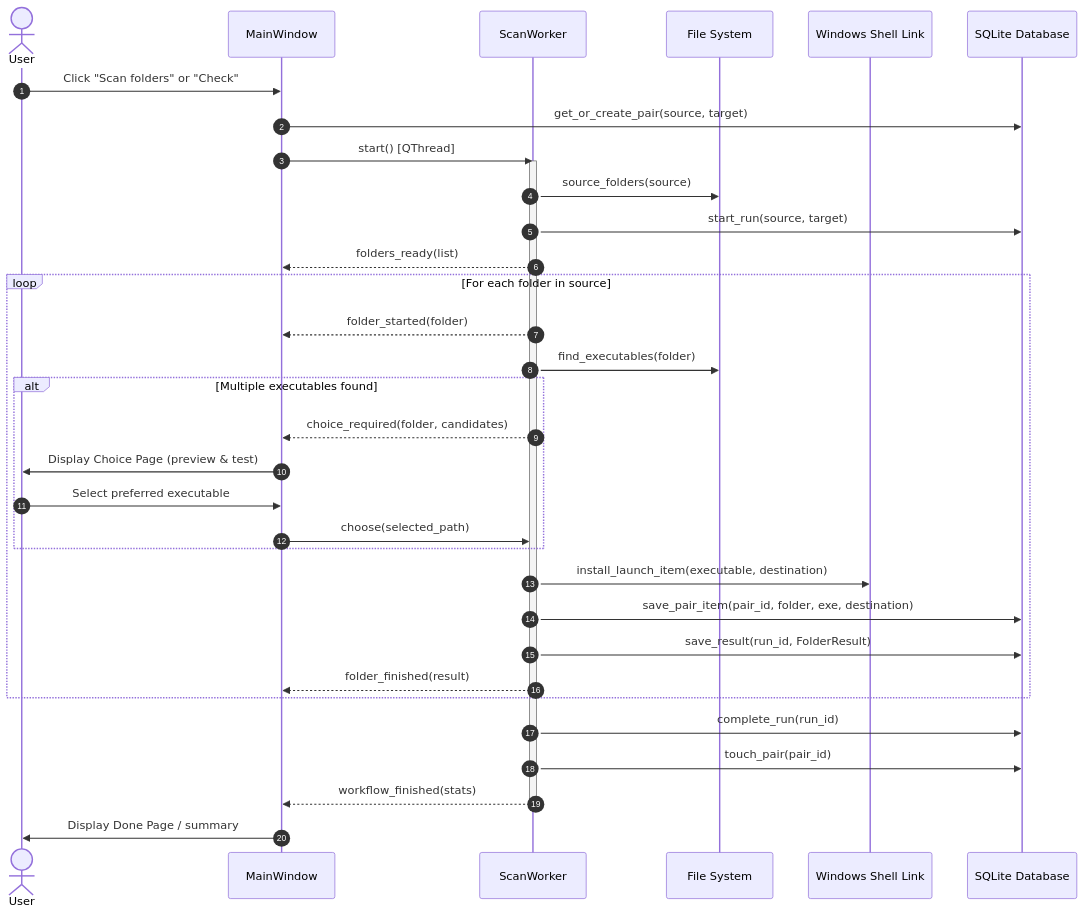
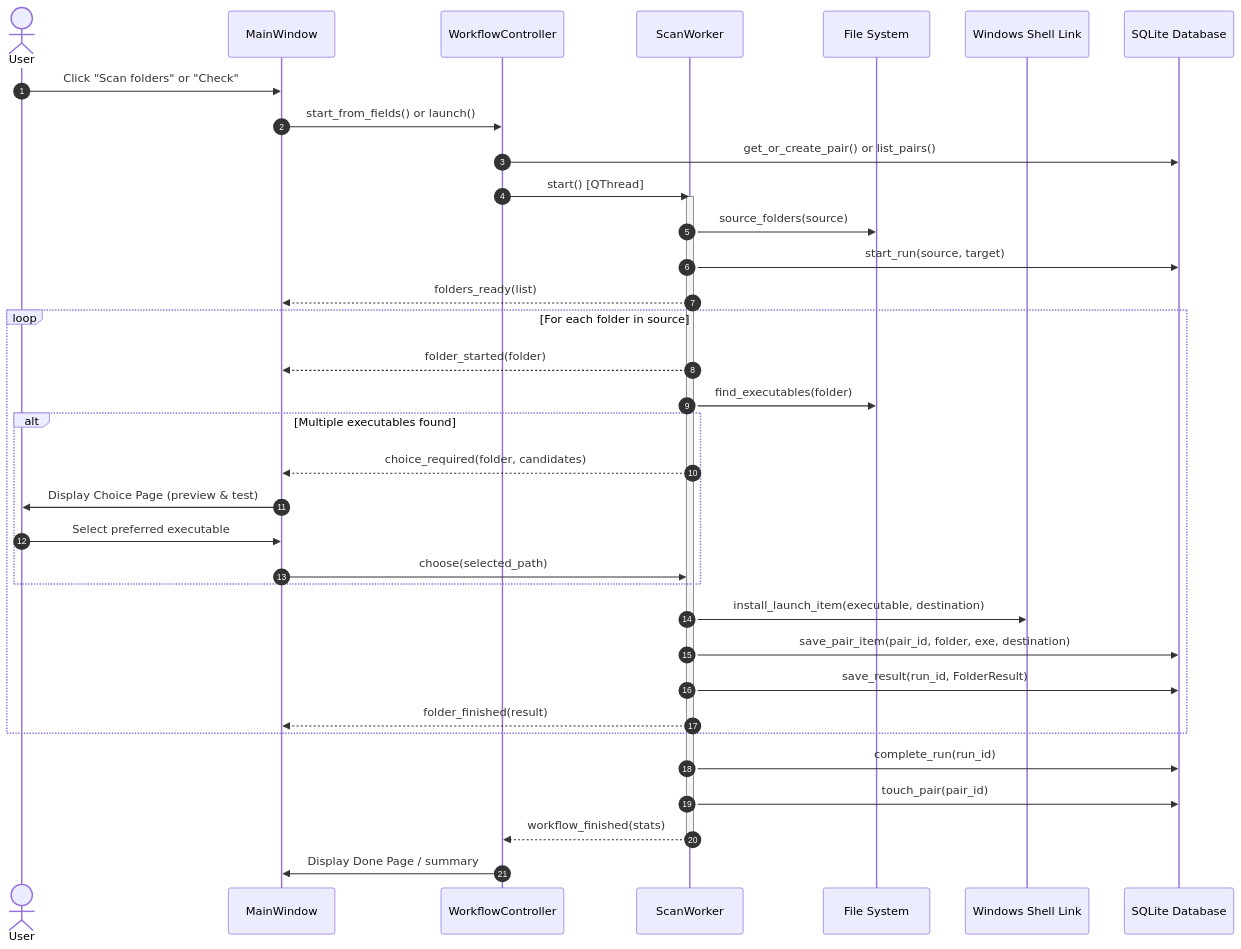
Before and after one commit to tbkmax/ShortcutStudio: the second of 4 diagrams in shortcut_studio/doc/workflow_diagram.md, drawn with Mermaid. The commit also changed other lines of this file and 13 other files, not shown here.

````diff
--- a/shortcut_studio/doc/workflow_diagram.md
+++ b/shortcut_studio/doc/workflow_diagram.md
@@ -101,40 +117,42 @@
 ```mermaid
 sequenceDiagram
     autonumber
     actor User
     participant MW as MainWindow
+    participant Flow as WorkflowController
     participant Worker as ScanWorker
     participant FS as File System
     participant COM as Windows Shell Link
     participant DB as SQLite Database
 
     User->>MW: Click "Scan folders" or "Check"
-    MW->>DB: get_or_create_pair(source, target)
-    MW->>Worker: start() [QThread]
+    MW->>Flow: start_from_fields() or launch()
+    Flow->>DB: get_or_create_pair() or list_pairs()
+    Flow->>Worker: start() [QThread]
     activate Worker
 
     Worker->>FS: source_folders(source)
     Worker->>DB: start_run(source, target)
     Worker-->>MW: folders_ready(list)
 
     loop For each folder in source
         Worker-->>MW: folder_started(folder)
         Worker->>FS: find_executables(folder)
         alt Multiple executables found
             Worker-->>MW: choice_required(folder, candidates)
             MW->>User: Display Choice Page (preview & test)
             User->>MW: Select preferred executable
             MW->>Worker: choose(selected_path)
         end
         Worker->>COM: install_launch_item(executable, destination)
         Worker->>DB: save_pair_item(pair_id, folder, exe, destination)
         Worker->>DB: save_result(run_id, FolderResult)
         Worker-->>MW: folder_finished(result)
     end
 
     Worker->>DB: complete_run(run_id)
     Worker->>DB: touch_pair(pair_id)
-    Worker-->>MW: workflow_finished(stats)
+    Worker-->>Flow: workflow_finished(stats)
     deactivate Worker
-    MW->>User: Display Done Page / summary
+    Flow->>MW: Display Done Page / summary
 ```
````
